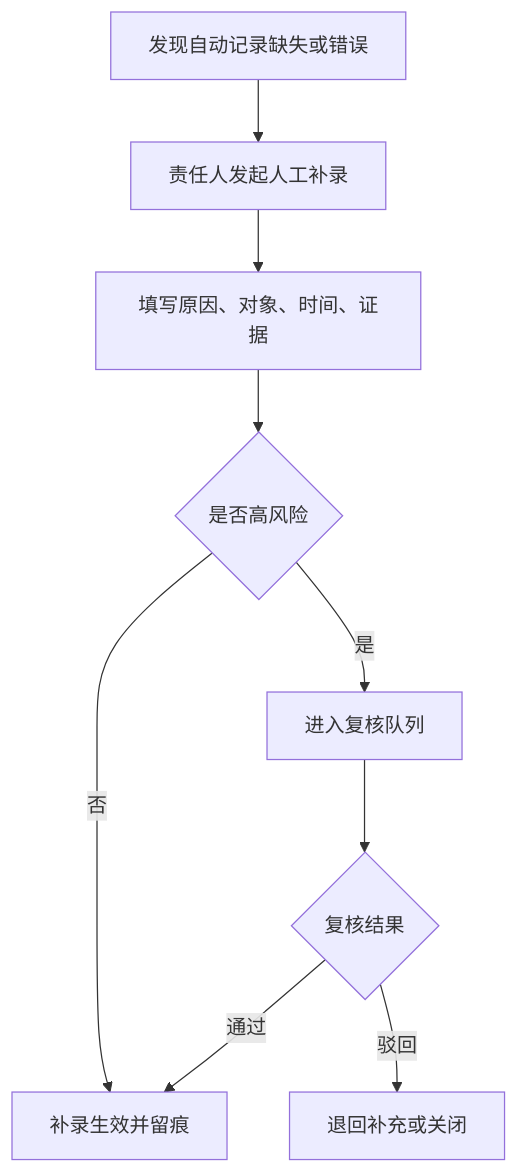
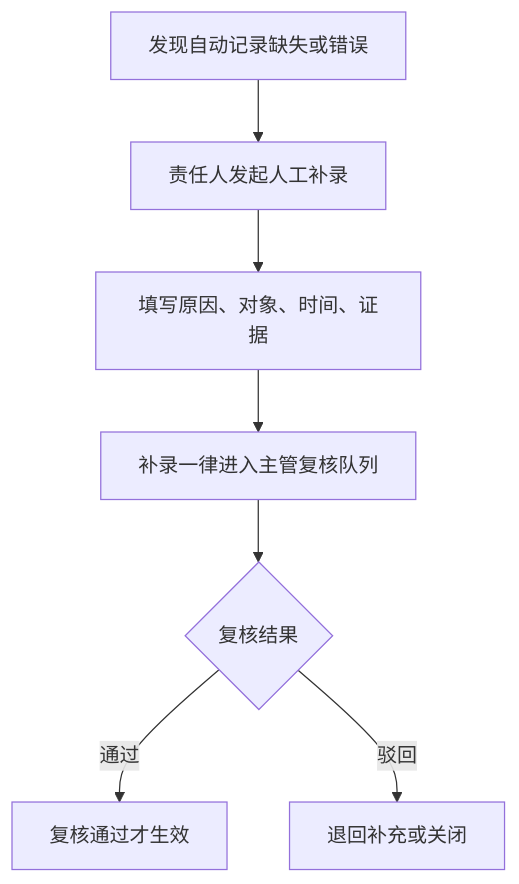
The ninth of 12 diagrams in docs/business-operations-layer-spec-v0.2.md (jxh1979/mall), drawn with Mermaid before and after one commit. The commit also changed other lines of this file and 15 other files, not shown here.

````diff
--- a/docs/business-operations-layer-spec-v0.2.md
+++ b/docs/business-operations-layer-spec-v0.2.md
@@ -1310,11 +1308,9 @@
 ```mermaid
 flowchart TD
   A["发现自动记录缺失或错误"] --> B["责任人发起人工补录"]
   B --> C["填写原因、对象、时间、证据"]
-  C --> D{"是否高风险"}
-  D -- 是 --> E["进入复核队列"]
-  D -- 否 --> F["补录生效并留痕"]
+  C --> E["补录一律进入主管复核队列"]
   E --> G{"复核结果"}
-  G -- 通过 --> F
+  G -- 通过 --> F["复核通过才生效"]
   G -- 驳回 --> H["退回补充或关闭"]
 ```
````
